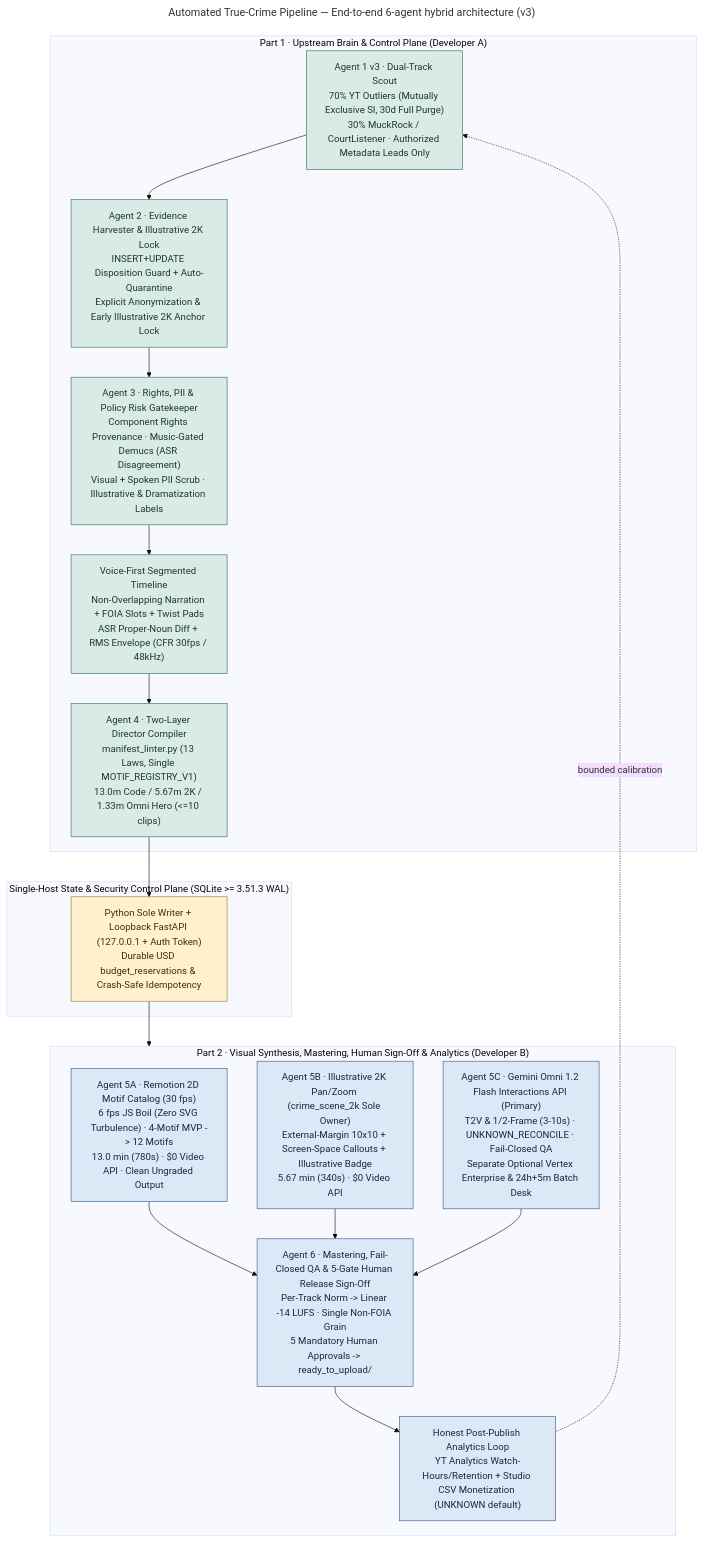
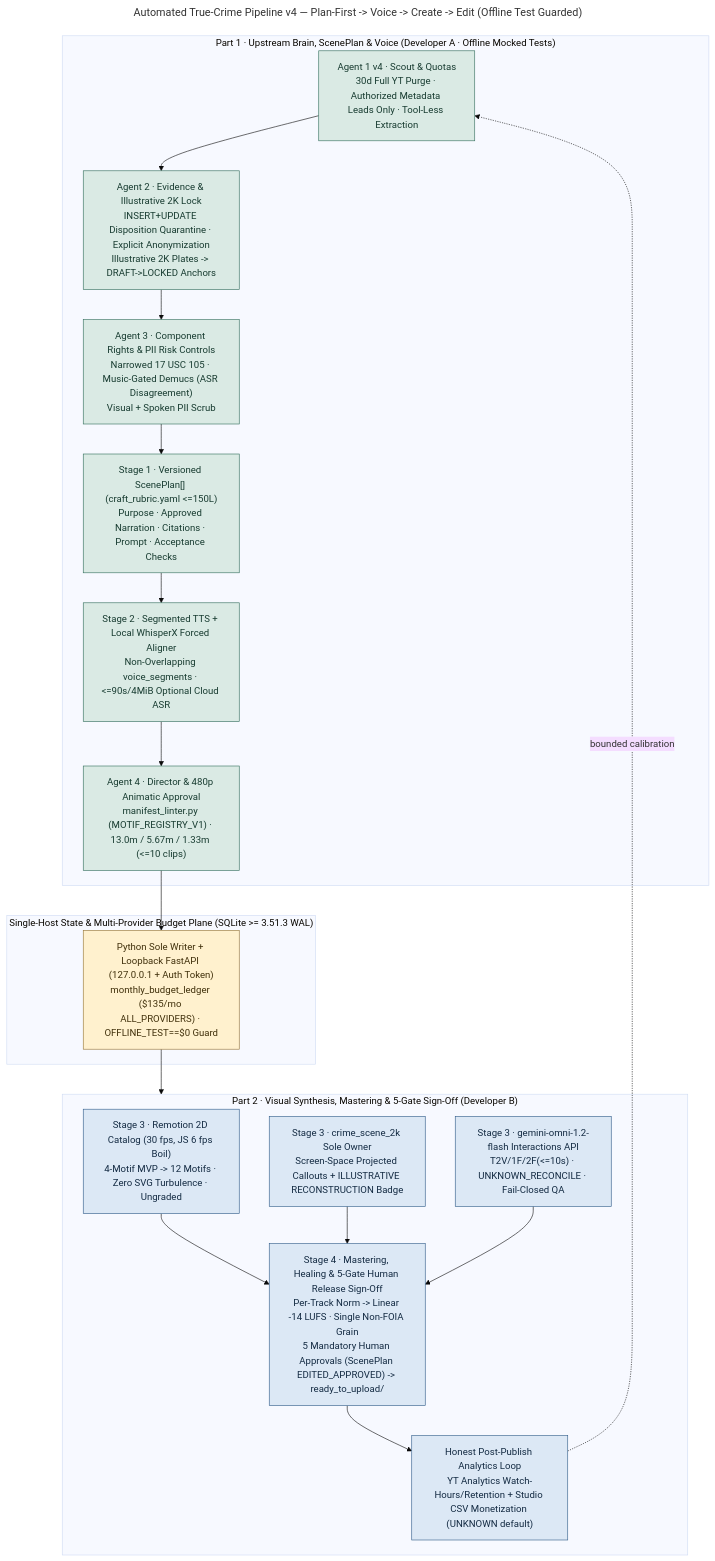
Before and after one commit to AyushGahtori/true-crime-pipeline: the diagram in pipeline-architecture.mmd, drawn with Mermaid (base theme). The commit also changed 26 other files, not shown here.

Commit message:
Harden v4 blueprint: offline-test zero-spend gate, global /mo ledger, WhisperX ASR, ScenePlan contract & wave merge runbook

```diff
--- a/pipeline-architecture.mmd
+++ b/pipeline-architecture.mmd
@@ -1,35 +1,36 @@
 ---
-title: Automated True-Crime Pipeline — End-to-end 6-agent hybrid architecture (v3)
+title: Automated True-Crime Pipeline v4 — Plan-First -> Voice -> Create -> Edit (Offline Test Guarded)
 ---
 flowchart TB
-  subgraph P1["Part 1 · Upstream Brain & Control Plane (Developer A)"]
-    A1["Agent 1 v3 · Dual-Track Scout<br/>70% YT Outliers (Mutually Exclusive SI, 30d Full Purge)<br/>30% MuckRock / CourtListener · Authorized Metadata Leads Only"]
-    A2["Agent 2 · Evidence Harvester & Illustrative 2K Lock<br/>INSERT+UPDATE Disposition Guard + Auto-Quarantine<br/>Explicit Anonymization & Early Illustrative 2K Anchor Lock"]
-    A3["Agent 3 · Rights, PII & Policy Risk Gatekeeper<br/>Component Rights Provenance · Music-Gated Demucs (ASR Disagreement)<br/>Visual + Spoken PII Scrub · Illustrative & Dramatization Labels"]
-    VS["Voice-First Segmented Timeline<br/>Non-Overlapping Narration + FOIA Slots + Twist Pads<br/>ASR Proper-Noun Diff + RMS Envelope (CFR 30fps / 48kHz)"]
-    A4["Agent 4 · Two-Layer Director Compiler<br/>manifest_linter.py (13 Laws, Single MOTIF_REGISTRY_V1)<br/>13.0m Code / 5.67m 2K / 1.33m Omni Hero (<=10 clips)"]
-    A1 --> A2 --> A3 --> VS --> A4
+  subgraph P1["Part 1 · Upstream Brain, ScenePlan & Voice (Developer A · Offline Mocked Tests)"]
+    A1["Agent 1 v4 · Scout & Quotas<br/>30d Full YT Purge · Authorized Metadata Leads Only · Tool-Less Extraction"]
+    A2["Agent 2 · Evidence & Illustrative 2K Lock<br/>INSERT+UPDATE Disposition Quarantine · Explicit Anonymization<br/>Illustrative 2K Plates -> DRAFT->LOCKED Anchors"]
+    A3["Agent 3 · Component Rights & PII Risk Controls<br/>Narrowed 17 USC 105 · Music-Gated Demucs (ASR Disagreement)<br/>Visual + Spoken PII Scrub"]
+    SP["Stage 1 · Versioned ScenePlan[] (craft_rubric.yaml <=150L)<br/>Purpose · Approved Narration · Citations · Prompt · Acceptance Checks"]
+    VS["Stage 2 · Segmented TTS + Local WhisperX Forced Aligner<br/>Non-Overlapping voice_segments · <=90s/4MiB Optional Cloud ASR"]
+    A4["Agent 4 · Director & 480p Animatic Approval<br/>manifest_linter.py (MOTIF_REGISTRY_V1) · 13.0m / 5.67m / 1.33m (<=10 clips)"]
+    A1 --> A2 --> A3 --> SP --> VS --> A4
   end
 
-  subgraph CONV["Single-Host State & Security Control Plane (SQLite >= 3.51.3 WAL)"]
-    Q["Python Sole Writer + Loopback FastAPI (127.0.0.1 + Auth Token)<br/>Durable USD budget_reservations & Crash-Safe Idempotency"]
+  subgraph CONV["Single-Host State & Multi-Provider Budget Plane (SQLite >= 3.51.3 WAL)"]
+    Q["Python Sole Writer + Loopback FastAPI (127.0.0.1 + Auth Token)<br/>monthly_budget_ledger ($135/mo ALL_PROVIDERS) · OFFLINE_TEST==$0 Guard"]
   end
 
-  subgraph P2["Part 2 · Visual Synthesis, Mastering, Human Sign-Off & Analytics (Developer B)"]
-    A5A["Agent 5A · Remotion 2D Motif Catalog (30 fps)<br/>6 fps JS Boil (Zero SVG Turbulence) · 4-Motif MVP -> 12 Motifs<br/>13.0 min (780s) · $0 Video API · Clean Ungraded Output"]
-    A5B["Agent 5B · Illustrative 2K Pan/Zoom (crime_scene_2k Sole Owner)<br/>External-Margin 10x10 + Screen-Space Callouts + Illustrative Badge<br/>5.67 min (340s) · $0 Video API"]
-    A5C["Agent 5C · Gemini Omni 1.2 Flash Interactions API (Primary)<br/>T2V & 1/2-Frame (3-10s) · UNKNOWN_RECONCILE · Fail-Closed QA<br/>Separate Optional Vertex Enterprise & 24h+5m Batch Desk"]
-    A6["Agent 6 · Mastering, Fail-Closed QA & 5-Gate Human Release Sign-Off<br/>Per-Track Norm -> Linear -14 LUFS · Single Non-FOIA Grain<br/>5 Mandatory Human Approvals -> ready_to_upload/"]
+  subgraph P2["Part 2 · Visual Synthesis, Mastering & 5-Gate Sign-Off (Developer B)"]
+    A5A["Stage 3 · Remotion 2D Catalog (30 fps, JS 6 fps Boil)<br/>4-Motif MVP -> 12 Motifs · Zero SVG Turbulence · Ungraded"]
+    A5B["Stage 3 · crime_scene_2k Sole Owner<br/>Screen-Space Projected Callouts + ILLUSTRATIVE RECONSTRUCTION Badge"]
+    A5C["Stage 3 · gemini-omni-1.2-flash Interactions API<br/>T2V/1F/2F(<=10s) · UNKNOWN_RECONCILE · Fail-Closed QA"]
+    A6["Stage 4 · Mastering, Healing & 5-Gate Human Release Sign-Off<br/>Per-Track Norm -> Linear -14 LUFS · Single Non-FOIA Grain<br/>5 Mandatory Human Approvals (ScenePlan EDITED_APPROVED) -> ready_to_upload/"]
     AN["Honest Post-Publish Analytics Loop<br/>YT Analytics Watch-Hours/Retention + Studio CSV Monetization (UNKNOWN default)"]
     A5A & A5B & A5C --> A6 --> AN
   end
 
   A4 --> Q --> P2
   AN -.->|bounded calibration| A1
 
   classDef p1 fill:#daeae4,stroke:#316d5b,color:#173b30
   classDef gate fill:#fff1ce,stroke:#947333,color:#40300b
   classDef p2 fill:#dce8f5,stroke:#2e5a88,color:#132a42
-  class A1,A2,A3,VS,A4 p1
+  class A1,A2,A3,SP,VS,A4 p1
   class Q gate
   class A5A,A5B,A5C,A6,AN p2
```
